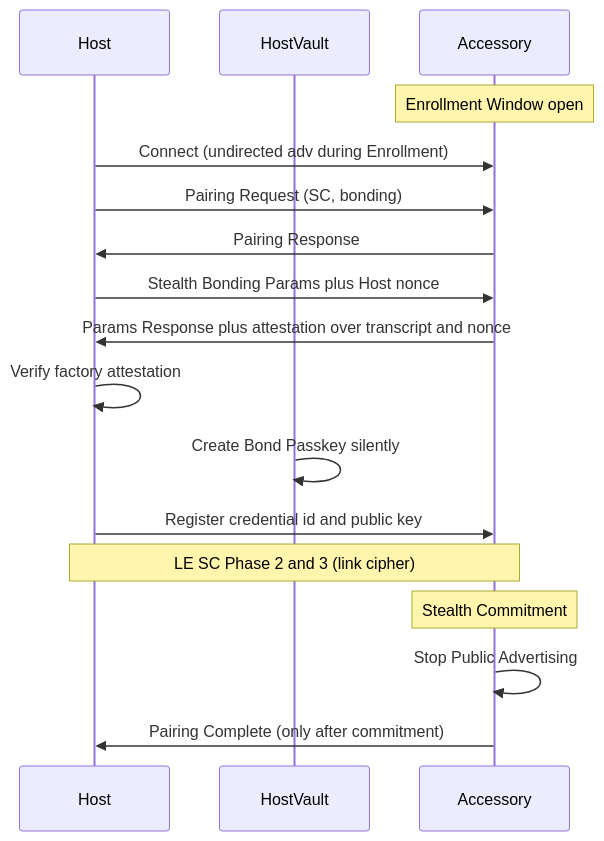
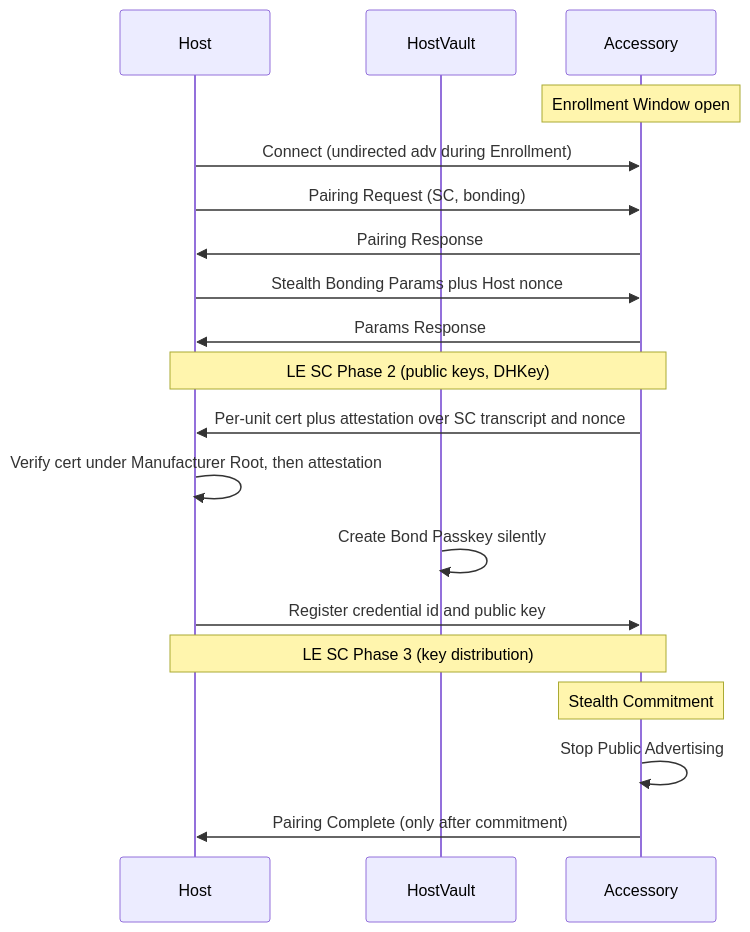
Before and after one commit to SmokedMeats/IoTPassKey: the second of 2 diagrams in docs/spec/stealth-bonding.md, drawn with Mermaid. The commit also changed other lines of this file and 11 other files, not shown here.

First line of the commit message:
Enhance documentation and simulator to support per-unit factory attestation.

````diff
--- a/docs/spec/stealth-bonding.md
+++ b/docs/spec/stealth-bonding.md
@@ -354,19 +356,21 @@
 ```mermaid
 sequenceDiagram
     participant H as Host
     participant V as HostVault
     participant A as Accessory
     Note over A: Enrollment Window open
     H->>A: Connect (undirected adv during Enrollment)
     H->>A: Pairing Request (SC, bonding)
     A->>H: Pairing Response
     H->>A: Stealth Bonding Params plus Host nonce
-    A->>H: Params Response plus attestation over transcript and nonce
-    H->>H: Verify factory attestation
+    A->>H: Params Response
+    Note over H,A: LE SC Phase 2 (public keys, DHKey)
+    A->>H: Per-unit cert plus attestation over SC transcript and nonce
+    H->>H: Verify cert under Manufacturer Root, then attestation
     V->>V: Create Bond Passkey silently
     H->>A: Register credential id and public key
-    Note over H,A: LE SC Phase 2 and 3 (link cipher)
+    Note over H,A: LE SC Phase 3 (key distribution)
     Note over A: Stealth Commitment
     A->>A: Stop Public Advertising
     A->>H: Pairing Complete (only after commitment)
 ```
````
